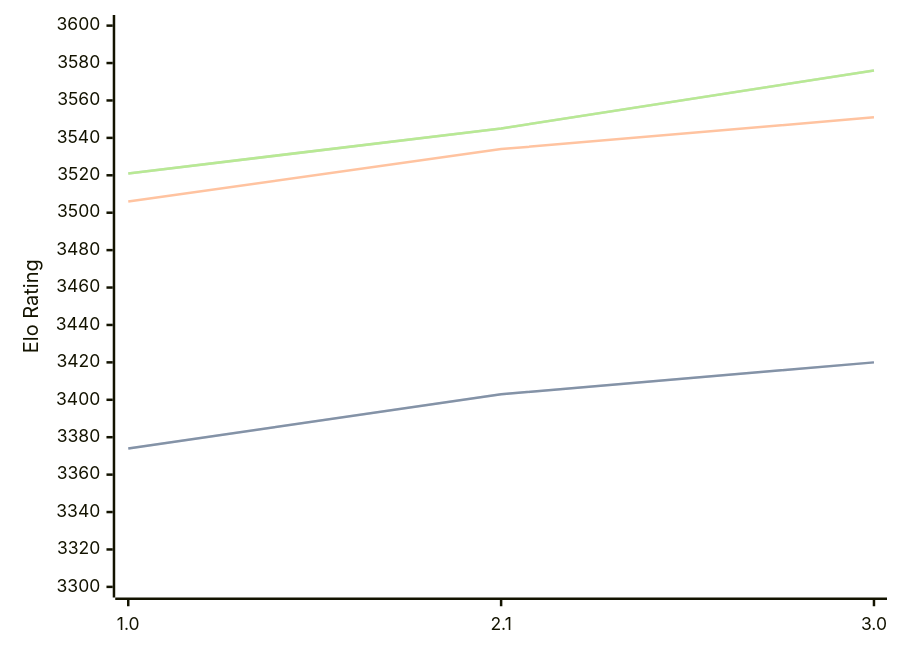
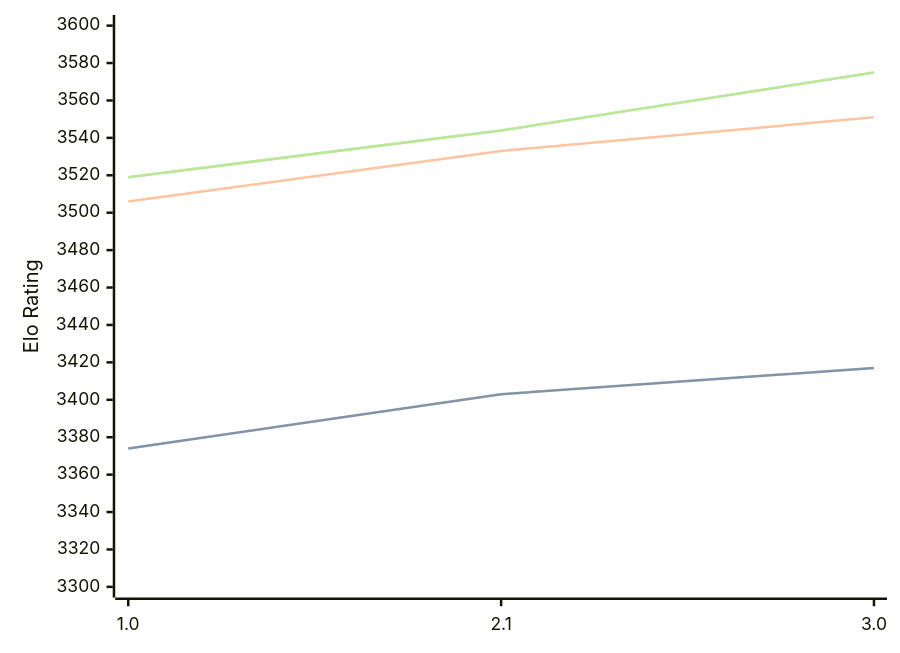
One commit to computer-chess-index/cci changed the diagram in engines/Hobbes.md. Above: the diagram before and after it, drawn with Mermaid. The commit also changed other lines of this file, not shown here.

Commit message:
Update CCI Ratings (ELO VLTC) - 2026-09-03

````diff
--- a/engines/Hobbes.md
+++ b/engines/Hobbes.md
@@ -33,11 +33,11 @@
 ```mermaid
 %%{init: {"theme":"base","themeVariables":{"seriesColors:['#a3a3a3','#222221','#faa371']}}}%%
 xychart-beta
   x-axis ["1.0", "2.1", "3.0"]
   y-axis "Elo Rating" 3300 --> 3600
-  line "" [3374, 3403, 3420]
-  line "STC (8.0+0.08s)" [3374, 3403, 3420]
-  line "LTC (60.0+0.60s)" [3506, 3534, 3551]
-  line "" [3521, 3545, 3576]
-  line "VLTC (2m24s+1.12s)" [3521, 3545, 3576]
+  line "" [3374, 3403, 3417]
+  line "STC (8.0+0.08s)" [3374, 3403, 3417]
+  line "LTC (60.0+0.60s)" [3506, 3533, 3551]
+  line "" [3519, 3544, 3575]
+  line "VLTC (2m24s+1.12s)" [3519, 3544, 3575]
 ```
````
